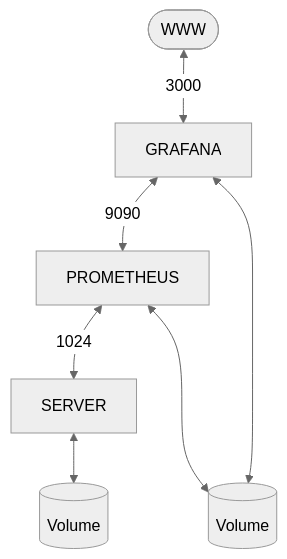
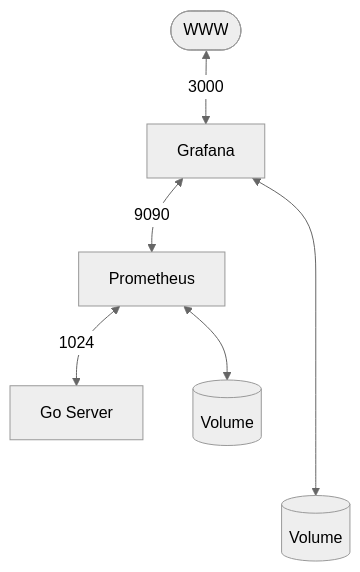
The diagram in sysmetrics/README.md (s-gas/hauslab), drawn with Mermaid (neutral theme) before and after one commit. The commit also changed other lines of this file, not shown here.

Commit message:
Update flowchart

````diff
--- a/sysmetrics/README.md
+++ b/sysmetrics/README.md
@@ -11,17 +11,16 @@
 ```mermaid
 flowchart TB
     A([WWW])
-    B[GRAFANA]
-    C[PROMETHEUS]
-    D[SERVER]
+    B[Grafana]
+    C[Prometheus]
+    D[Go Server]
     E[(Volume)]
     F[(Volume)]
 
     A <-->|3000| B
     B <-->|9090| C
     C <-->|1024| D
 
     B <----> E
-    C <--> E
-    D <--> F
+    C <--> F
 ```
````
